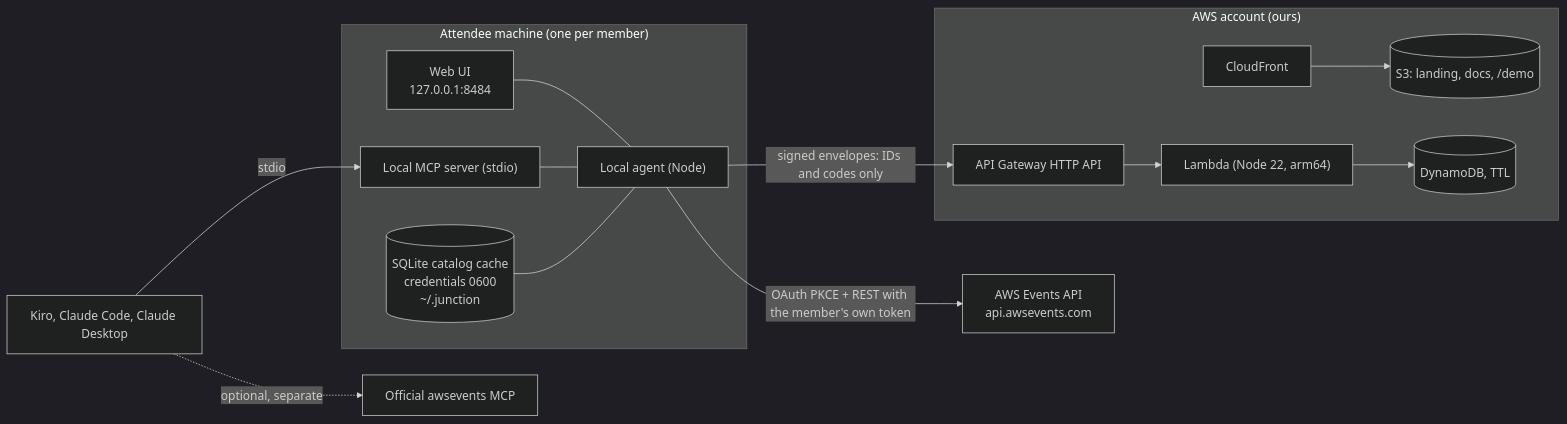
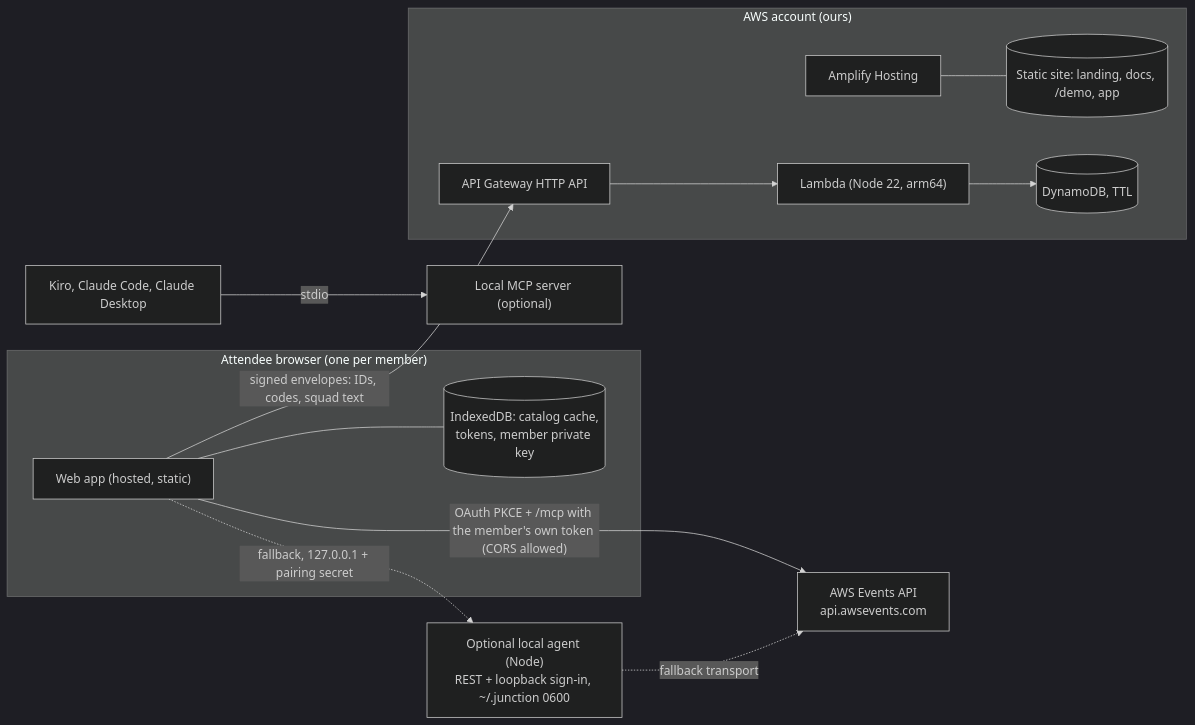
One commit to codecr/junction-hackhaton changed the diagram in docs/02-ARCHITECTURE.md. Above: the diagram before and after it, drawn with Mermaid (dark theme). The commit also changed other lines of this file and 9 other files, not shown here.

First line of the commit message:
docs: adopt hybrid browser sign-in, holds and Amplify hosting

````diff
--- a/docs/02-ARCHITECTURE.md
+++ b/docs/02-ARCHITECTURE.md
@@ -5,16 +5,15 @@
 ```mermaid
 flowchart LR
-  subgraph Machine["Attendee machine (one per member)"]
-    UI["Web UI<br/>127.0.0.1:8484"] --- Agent["Local agent (Node)"]
-    MCPL["Local MCP server (stdio)"] --- Agent
-    Store[("SQLite catalog cache<br/>credentials 0600<br/>~/.junction")] --- Agent
+  subgraph Browser["Attendee browser (one per member)"]
+    UI["Web app (hosted, static)"] --- Store[("IndexedDB: catalog cache,<br/>tokens, member private key")]
   end
-  Agent -- "OAuth PKCE + REST with the member's own token" --> Events["AWS Events API<br/>api.awsevents.com"]
-  Agent -- "signed envelopes: IDs and codes only" --> Relay
-  Assistant["Kiro, Claude Code, Claude Desktop"] -- stdio --> MCPL
-  Assistant -. "optional, separate" .-> OfficialMCP["Official awsevents MCP"]
+  UI -- "OAuth PKCE + /mcp with the member's own token (CORS allowed)" --> Events["AWS Events API<br/>api.awsevents.com"]
+  UI -- "signed envelopes: IDs, codes, squad text" --> Relay
+  Agent["Optional local agent (Node)<br/>REST + loopback sign-in, ~/.junction 0600"] -. "fallback transport" .-> Events
+  UI -. "fallback, 127.0.0.1 + pairing secret" .-> Agent
+  Assistant["Kiro, Claude Code, Claude Desktop"] -- stdio --> MCPL["Local MCP server (optional)"]
   subgraph AWS["AWS account (ours)"]
-    CF["CloudFront"] --> S3[("S3: landing, docs, /demo")]
+    Amp["Amplify Hosting"] --- Site[("Static site: landing, docs, /demo, app")]
     Relay["API Gateway HTTP API"] --> Fn["Lambda (Node 22, arm64)"] --> DDB[("DynamoDB, TTL")]
   end
 ```
````
